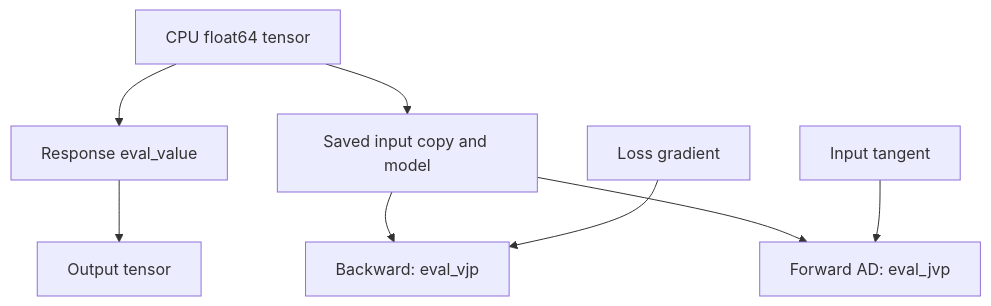
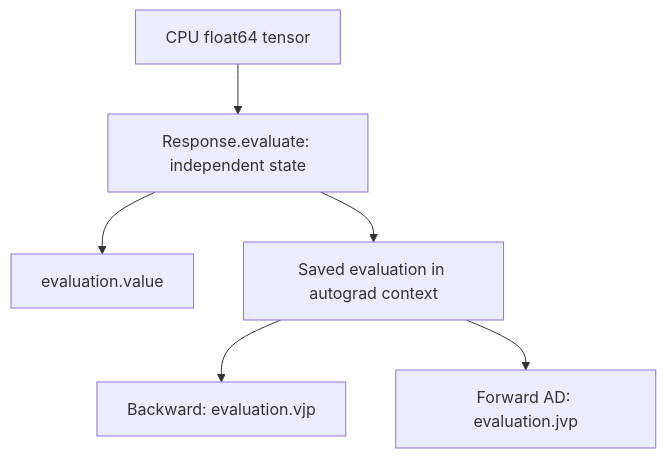
One commit to annajcy/litepgo changed the diagram in docs/guide/torch.md. Above: the diagram before and after it, drawn with Mermaid. The commit also changed other lines of this file and 172 other files, not shown here.

Commit message:
Retain response evaluation state across derivatives and equilibrium backward

````diff
--- a/docs/guide/torch.md
+++ b/docs/guide/torch.md
@@ -21,12 +21,8 @@
 ```mermaid
 flowchart TB
-  accTitle: Response values and derivative products
-  accDescr: Forward saves an input copy and model. Reverse AD requests a VJP and forward AD requests a JVP at the saved input.
-  input["CPU float64 tensor"] --> forward["Response eval_value"]
-  input --> saved["Saved input copy and model"]
-  forward --> value["Output tensor"]
-  saved --> vjp["Backward: eval_vjp"]
-  saved --> jvp["Forward AD: eval_jvp"]
-  upstream["Loss gradient"] --> vjp
-  tangent["Input tangent"] --> jvp
+  input["CPU float64 tensor"] --> evaluation["Response.evaluate: independent state"]
+  evaluation --> value["evaluation.value"]
+  evaluation --> saved["Saved evaluation in autograd context"]
+  saved --> vjp["Backward: evaluation.vjp"]
+  saved --> jvp["Forward AD: evaluation.jvp"]
 ```
````
